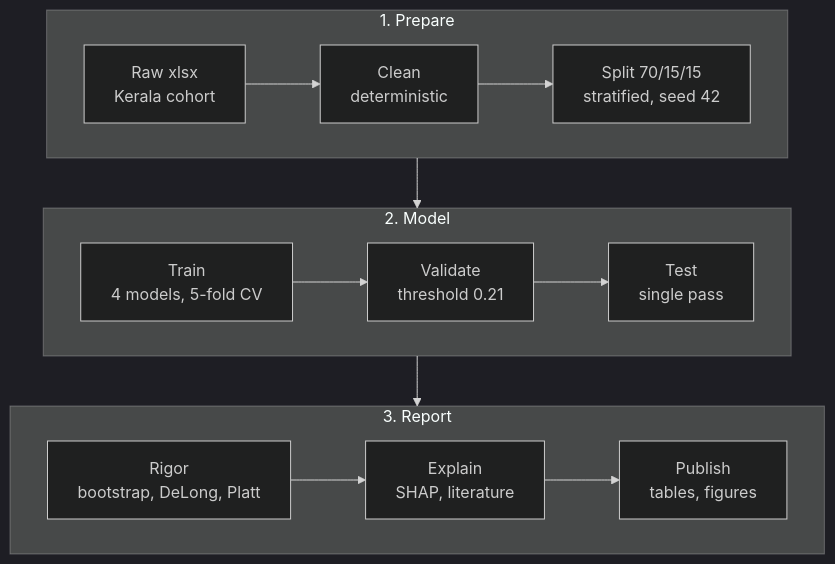
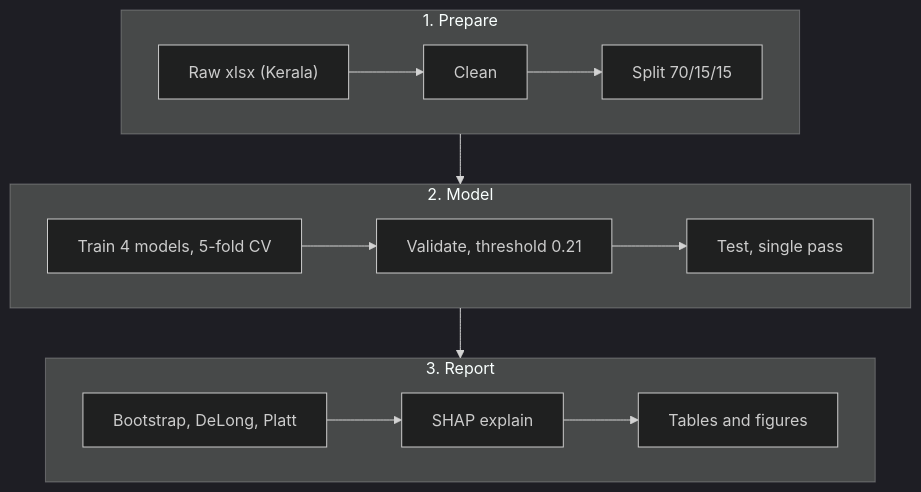
Before and after one commit to cyberstuck3/HormoBench-PCOS: the first of 2 diagrams in README.md, drawn with Mermaid (dark theme). The commit also changed other lines of this file, not shown here.

Commit message:
Use single-line Mermaid labels so GitHub stops clipping them

````diff
--- a/README.md
+++ b/README.md
@@ -64,17 +64,17 @@
 ```mermaid
 %%{init: {"flowchart": {"htmlLabels": false}}}%%
 flowchart TB
     subgraph prep ["1. Prepare"]
         direction LR
-        A["Raw xlsx<br/>Kerala cohort"] --> B["Clean<br/>deterministic"] --> C["Split 70/15/15<br/>stratified, seed 42"]
+        A["Raw xlsx (Kerala)"] --> B["Clean"] --> C["Split 70/15/15"]
     end
     subgraph model ["2. Model"]
         direction LR
-        D["Train<br/>4 models, 5-fold CV"] --> E["Validate<br/>threshold 0.21"] --> F["Test<br/>single pass"]
+        D["Train 4 models, 5-fold CV"] --> E["Validate, threshold 0.21"] --> F["Test, single pass"]
     end
     subgraph report ["3. Report"]
         direction LR
-        G["Rigor<br/>bootstrap, DeLong, Platt"] --> H["Explain<br/>SHAP, literature"] --> I["Publish<br/>tables, figures"]
+        G["Bootstrap, DeLong, Platt"] --> H["SHAP explain"] --> I["Tables and figures"]
     end
     prep --> model --> report
 ```
````
